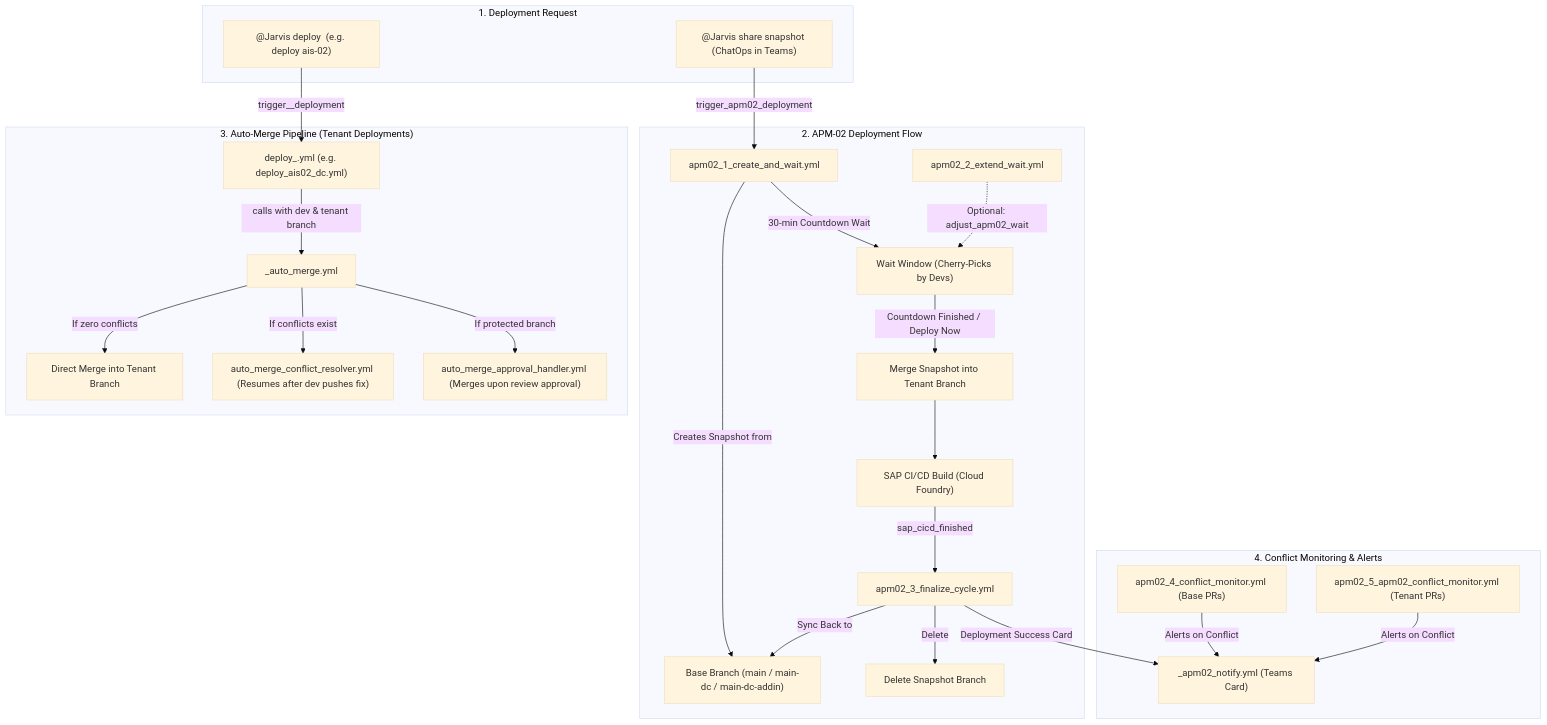
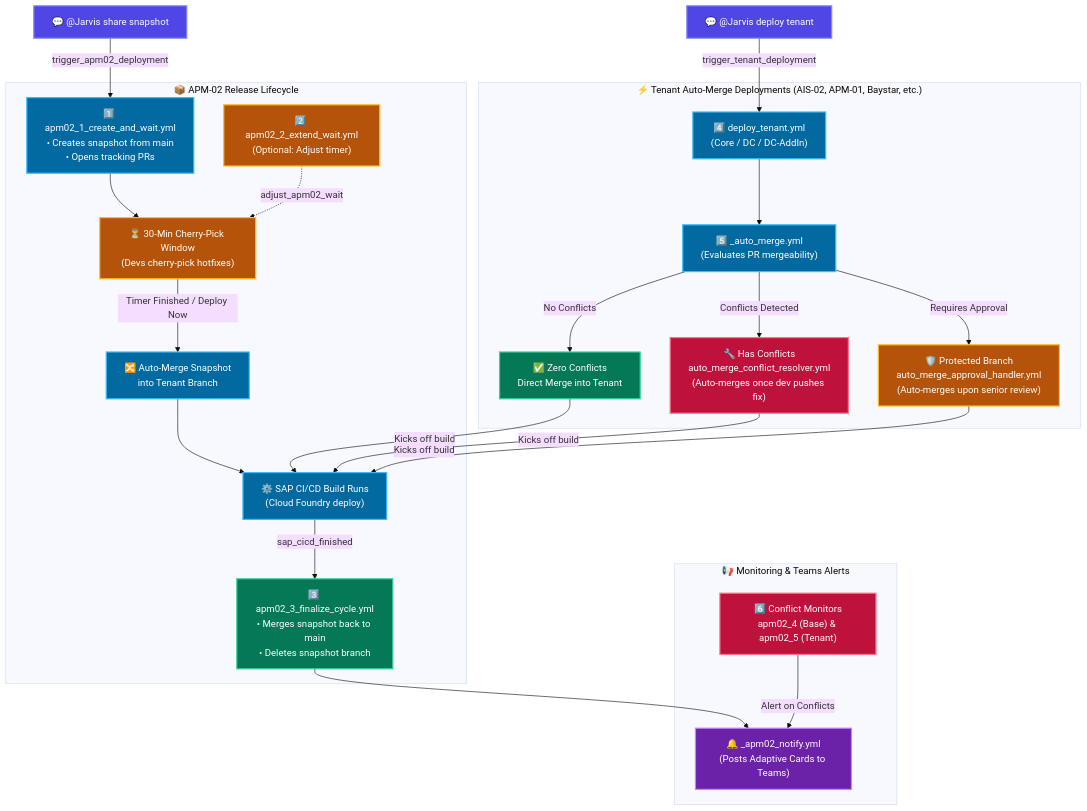
The diagram in docs/WORKFLOW_INVENTORY_DOCUMENT.md (Daxesh-Asint/GitHub-Actions-Trial-2), drawn with Mermaid (base theme) before and after one commit. The commit also changed other lines of this file and 1 other file, not shown here.

Commit message:
docs: log Prompt 87 architecture diagram upgrade

````diff
--- a/docs/WORKFLOW_INVENTORY_DOCUMENT.md
+++ b/docs/WORKFLOW_INVENTORY_DOCUMENT.md
@@ -379,34 +378,58 @@
 ```mermaid
 flowchart TD
-    subgraph Trigger["1. Deployment Request"]
-        A["@Jarvis share snapshot (ChatOps in Teams)"]
-        A2["@Jarvis deploy <tenant> (e.g. deploy ais-02)"]
+    classDef trigger fill:#4f46e5,stroke:#818cf8,stroke-width:2px,color:#fff;
+    classDef process fill:#0369a1,stroke:#38bdf8,stroke-width:2px,color:#fff;
+    classDef wait fill:#b45309,stroke:#fbbf24,stroke-width:2px,color:#fff;
+    classDef success fill:#047857,stroke:#34d399,stroke-width:2px,color:#fff;
+    classDef notify fill:#6b21a8,stroke:#c084fc,stroke-width:2px,color:#fff;
+    classDef monitor fill:#be123c,stroke:#fb7185,stroke-width:2px,color:#fff;
+
+    %% 1. TRIGGERS
+    Cmd1["💬 @Jarvis share snapshot"]:::trigger
+    Cmd2["💬 @Jarvis deploy tenant"]:::trigger
+
+    %% 2. APM-02 PIPELINE
+    subgraph FlowA["📦 APM-02 Release Lifecycle"]
+        W1["1️⃣ apm02_1_create_and_wait.yml<br/>• Creates snapshot from main<br/>• Opens tracking PRs"]:::process
+        WWait["⏳ 30-Min Cherry-Pick Window<br/>(Devs cherry-pick hotfixes)"]:::wait
+        W2["2️⃣ apm02_2_extend_wait.yml<br/>(Optional: Adjust timer)"]:::wait
+        WMergeT["🔀 Auto-Merge Snapshot<br/>into Tenant Branch"]:::process
+        WSAP["⚙️ SAP CI/CD Build Runs<br/>(Cloud Foundry deploy)"]:::process
+        W3["3️⃣ apm02_3_finalize_cycle.yml<br/>• Merges snapshot back to main<br/>• Deletes snapshot branch"]:::success
     end
 
-    subgraph APM02_Cycle["2. APM-02 Deployment Flow"]
-        A -->|"trigger_apm02_deployment"| B["apm02_1_create_and_wait.yml"]
-        B -->|"Creates Snapshot from"| Main["Base Branch (main / main-dc / main-dc-addin)"]
-        B -->|"30-min Countdown Wait"| Wait["Wait Window (Cherry-Picks by Devs)"]
-        Ext["apm02_2_extend_wait.yml"] -.->|"Optional: adjust_apm02_wait"| Wait
-        Wait -->|"Countdown Finished / Deploy Now"| MergeTenant["Merge Snapshot into Tenant Branch"]
-        MergeTenant --> SAP["SAP CI/CD Build (Cloud Foundry)"]
-        SAP -->|"sap_cicd_finished"| Fin["apm02_3_finalize_cycle.yml"]
-        Fin -->|"Sync Back to"| Main
-        Fin -->|"Delete"| Del["Delete Snapshot Branch"]
+    %% 3. TENANT AUTO-MERGE PIPELINE
+    subgraph FlowB["⚡ Tenant Auto-Merge Deployments (AIS-02, APM-01, Baystar, etc.)"]
+        WCall["4️⃣ deploy_tenant.yml<br/>(Core / DC / DC-AddIn)"]:::process
+        WAuto["5️⃣ _auto_merge.yml<br/>(Evaluates PR mergeability)"]:::process
+        WClean["✅ Zero Conflicts<br/>Direct Merge into Tenant"]:::success
+        WResolve["🔧 Has Conflicts<br/>auto_merge_conflict_resolver.yml<br/>(Auto-merges once dev pushes fix)"]:::monitor
+        WApprove["🛡️ Protected Branch<br/>auto_merge_approval_handler.yml<br/>(Auto-merges upon senior review)"]:::wait
     end
 
-    subgraph AutoMerge_Flow["3. Auto-Merge Pipeline (Tenant Deployments)"]
-        A2 -->|"trigger_<tenant>_deployment"| Caller["deploy_<tenant>.yml (e.g. deploy_ais02_dc.yml)"]
-        Caller -->|"calls with dev & tenant branch"| AutoMerge["_auto_merge.yml"]
-        AutoMerge -->|"If zero conflicts"| DirectMerge["Direct Merge into Tenant Branch"]
-        AutoMerge -->|"If conflicts exist"| Resolver["auto_merge_conflict_resolver.yml (Resumes after dev pushes fix)"]
-        AutoMerge -->|"If protected branch"| Approval["auto_merge_approval_handler.yml (Merges upon review approval)"]
+    %% 4. MONITORS & ALERTS
+    subgraph FlowC["📢 Monitoring & Teams Alerts"]
+        WMon["6️⃣ Conflict Monitors<br/>apm02_4 (Base) & apm02_5 (Tenant)"]:::monitor
+        WNotif["🔔 _apm02_notify.yml<br/>(Posts Adaptive Cards to Teams)"]:::notify
     end
 
-    subgraph Monitoring["4. Conflict Monitoring & Alerts"]
-        Mon1["apm02_4_conflict_monitor.yml (Base PRs)"]
-        Mon2["apm02_5_apm02_conflict_monitor.yml (Tenant PRs)"]
-        Mon1 & Mon2 -->|"Alerts on Conflict"| Notify["_apm02_notify.yml (Teams Card)"]
-        Fin -->|"Deployment Success Card"| Notify
-    end
+    %% CONNECTORS (APM-02)
+    Cmd1 -->|"trigger_apm02_deployment"| W1
+    W1 --> WWait
+    W2 -.->|"adjust_apm02_wait"| WWait
+    WWait -->|"Timer Finished / Deploy Now"| WMergeT
+    WMergeT --> WSAP
+    WSAP -->|"sap_cicd_finished"| W3
+    W3 --> WNotif
+
+    %% CONNECTORS (Tenant Auto-Merge)
+    Cmd2 -->|"trigger_tenant_deployment"| WCall
+    WCall --> WAuto
+    WAuto -->|"No Conflicts"| WClean
+    WAuto -->|"Conflicts Detected"| WResolve
+    WAuto -->|"Requires Approval"| WApprove
+    WClean & WResolve & WApprove -->|"Kicks off build"| WSAP
+
+    %% CONNECTORS (Monitors)
+    WMon -->|"Alert on Conflicts"| WNotif
 ```
````
